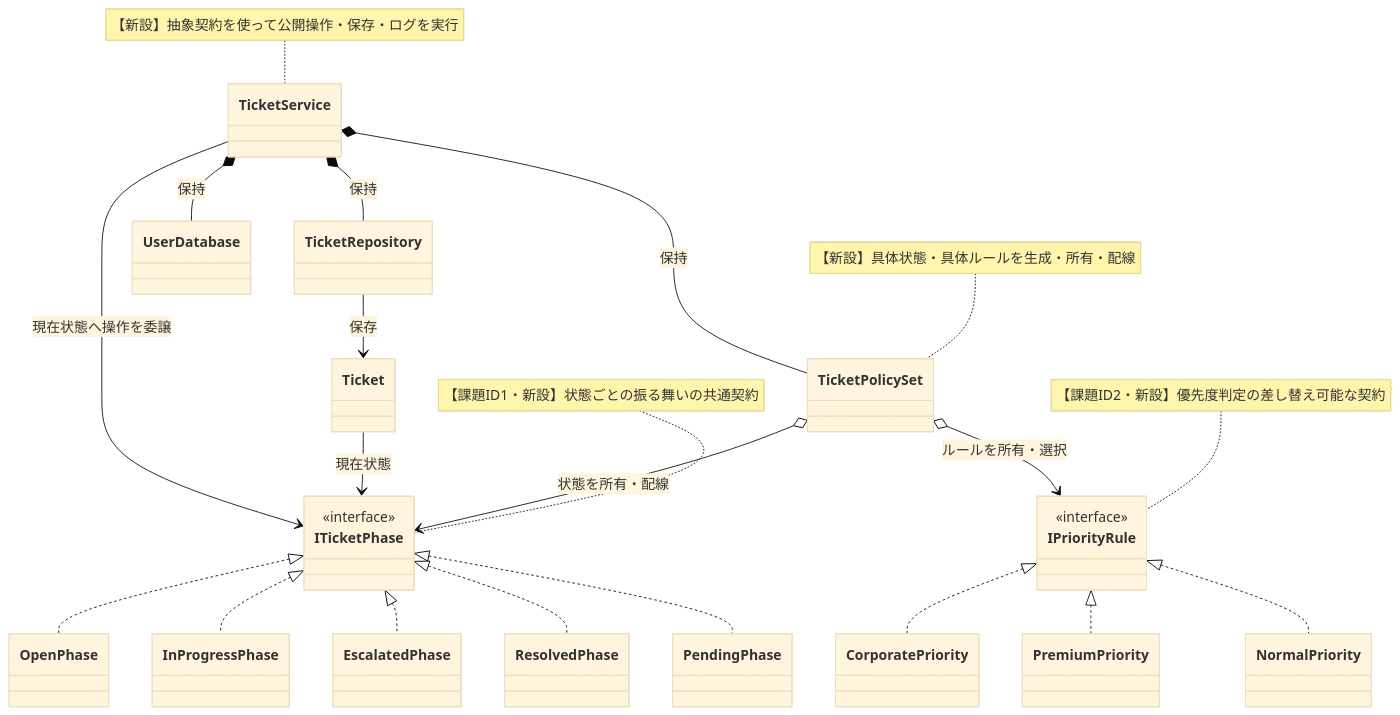
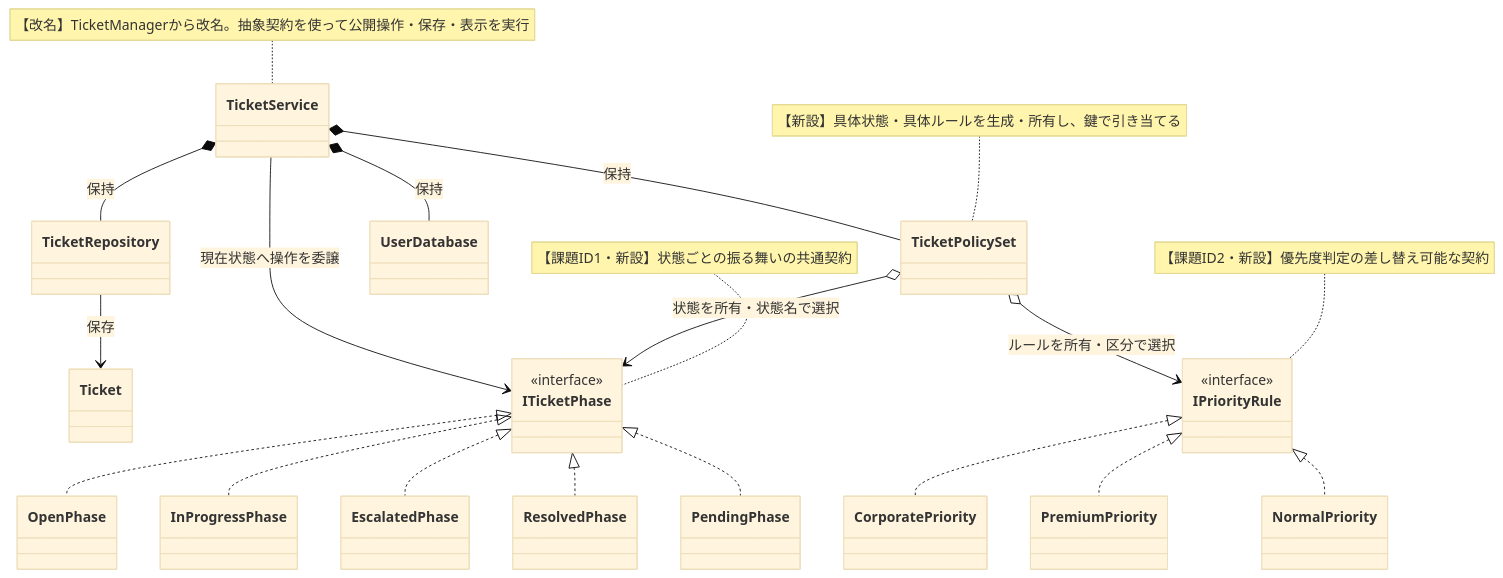
Diagram 16 of 22 in kindle/design-patterns/output/chapter09_2.md (kumachan1101-pixel/DesignPattern), drawn with Mermaid (base theme) before and after one commit. The commit also changed other lines of this file, not shown here.

````diff
--- a/kindle/design-patterns/output/chapter09_2.md
+++ b/kindle/design-patterns/output/chapter09_2.md
@@ -2307,42 +2306,41 @@
 ```mermaid
 classDiagram
     class TicketService
     class TicketPolicySet
     class TicketRepository
     class UserDatabase
     class Ticket
     class ITicketPhase { <<interface>> }
     class OpenPhase
     class InProgressPhase
     class EscalatedPhase
     class ResolvedPhase
     class PendingPhase
     class IPriorityRule { <<interface>> }
     class CorporatePriority
     class PremiumPriority
     class NormalPriority
     TicketService *-- TicketRepository : 保持
     TicketService *-- UserDatabase : 保持
     TicketService *-- TicketPolicySet : 保持
-    TicketPolicySet o--> ITicketPhase : 状態を所有・配線
-    TicketPolicySet o--> IPriorityRule : ルールを所有・選択
+    TicketPolicySet o--> ITicketPhase : 状態を所有・状態名で選択
+    TicketPolicySet o--> IPriorityRule : ルールを所有・区分で選択
     TicketRepository --> Ticket : 保存
-    Ticket --> ITicketPhase : 現在状態
     TicketService --> ITicketPhase : 現在状態へ操作を委譲
     ITicketPhase <|.. OpenPhase
     ITicketPhase <|.. InProgressPhase
     ITicketPhase <|.. EscalatedPhase
     ITicketPhase <|.. ResolvedPhase
     ITicketPhase <|.. PendingPhase
     IPriorityRule <|.. CorporatePriority
     IPriorityRule <|.. PremiumPriority
     IPriorityRule <|.. NormalPriority
 
     note for ITicketPhase "【課題ID1・新設】状態ごとの振る舞いの共通契約"
     note for IPriorityRule "【課題ID2・新設】優先度判定の差し替え可能な契約"
-    note for TicketPolicySet "【新設】具体状態・具体ルールを生成・所有・配線"
-    note for TicketService "【新設】抽象契約を使って公開操作・保存・ログを実行"
+    note for TicketPolicySet "【新設】具体状態・具体ルールを生成・所有し、鍵で引き当てる"
+    note for TicketService "【改名】TicketManagerから改名。抽象契約を使って公開操作・保存・表示を実行"
 
     classDef focus fill:#FFF2CC,stroke:#D6B656,stroke-width:2px,color:#222222
     cssClass "TicketService,TicketPolicySet,ITicketPhase,OpenPhase,InProgressPhase,EscalatedPhase,ResolvedPhase,PendingPhase,IPriorityRule,CorporatePriority,PremiumPriority,NormalPriority" focus
 ```
````
